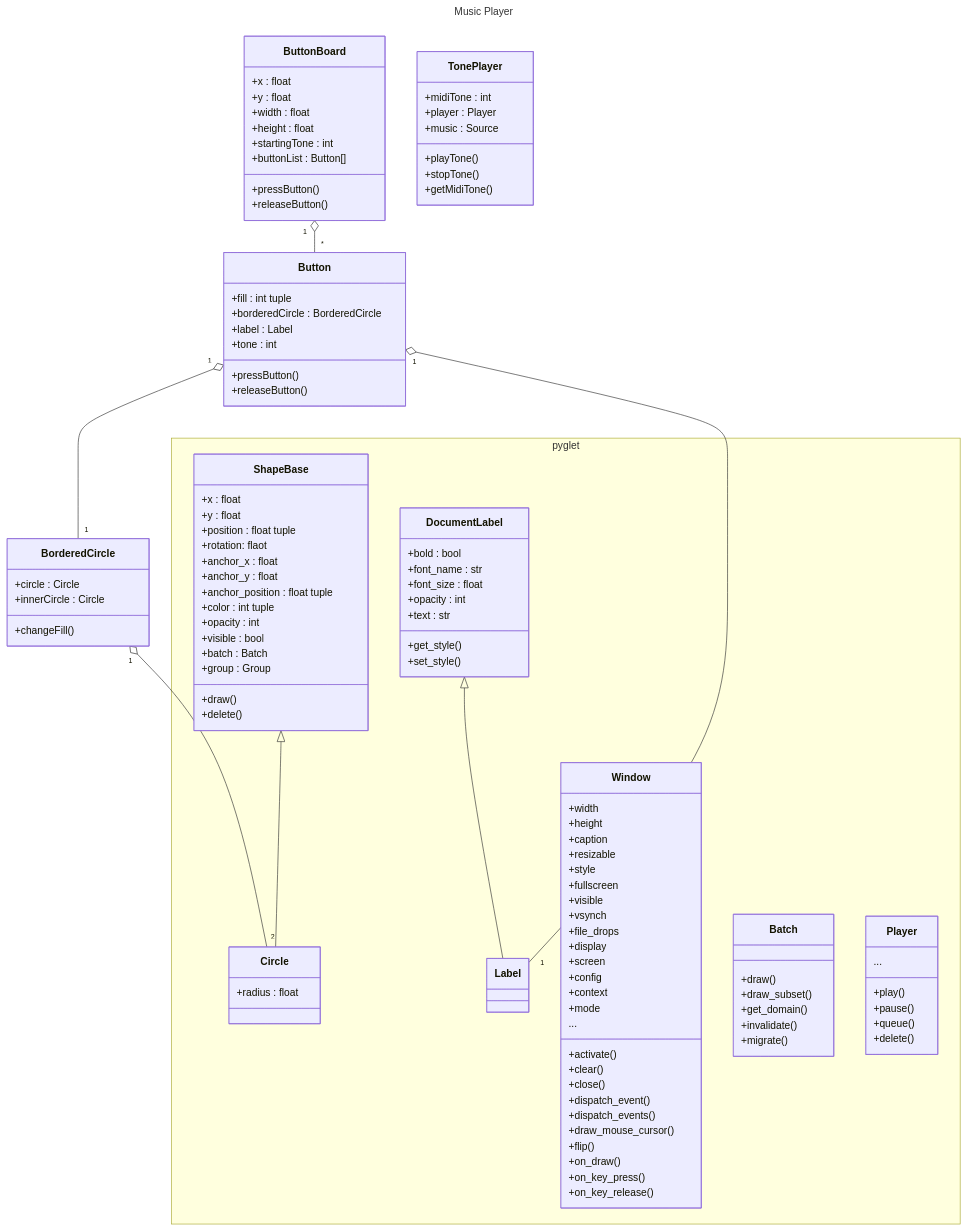
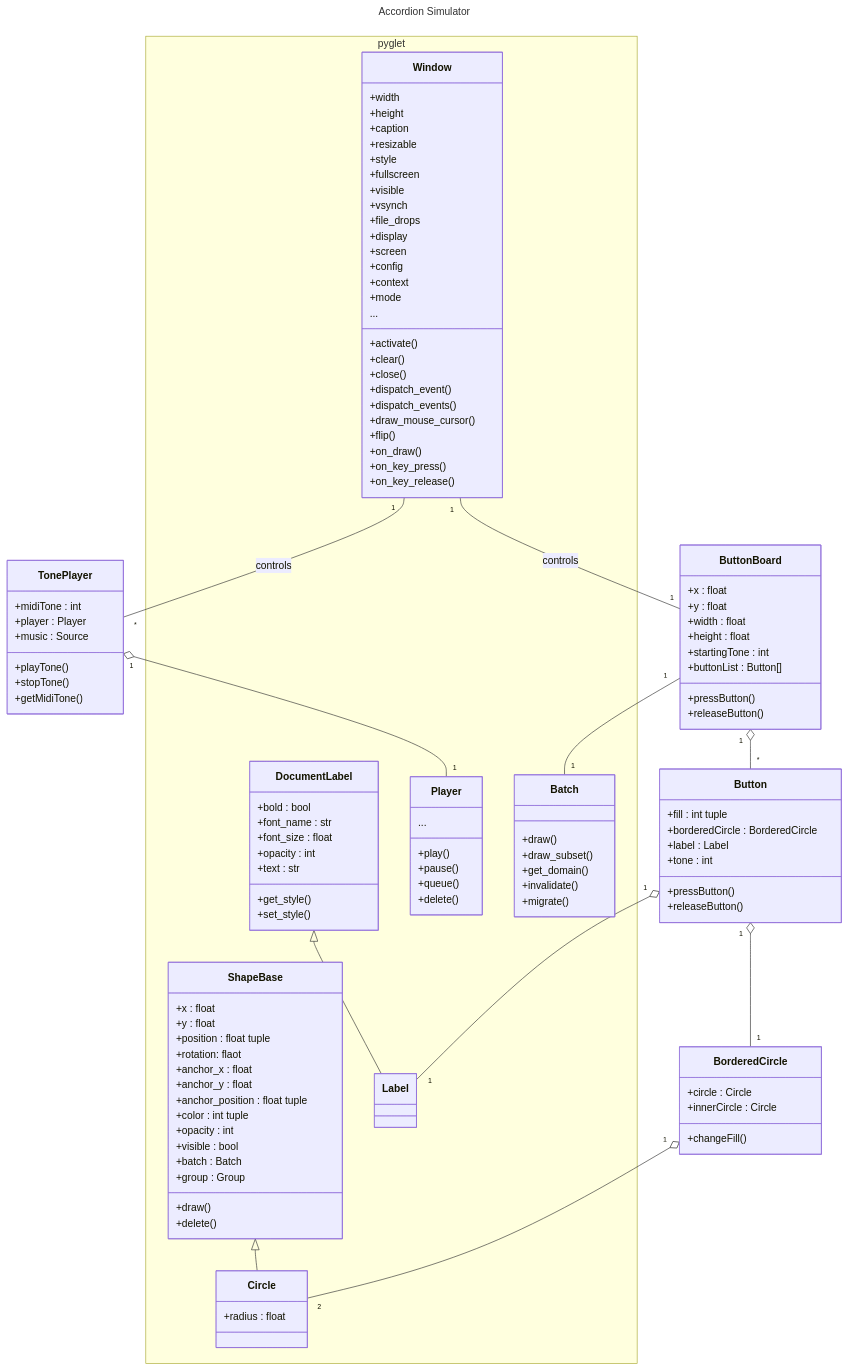
One commit to Famondir/Music-Suite changed the first of 2 diagrams in README.md. Above: the diagram before and after it, drawn with Mermaid. The commit also changed other lines of this file, not shown here.

Commit message:
Added plantuml for use case diagram (demo)

````diff
--- a/README.md
+++ b/README.md
@@ -13,6 +13,6 @@
 ```mermaid
 ---
-title: Music Player
+title: Accordion Simulator
 ---
 classDiagram
     ShapeBase <|-- Circle
@@ -21,6 +21,10 @@
     Button "1" o-- "1" Label
     DocumentLabel <|-- Label
     ButtonBoard "1" o-- "*" Button
+    TonePlayer "1" o-- "1" Player
+    Window "1" -- "*" TonePlayer : controls
+    Window "1" -- "1" ButtonBoard : controls
+    ButtonBoard "1" -- "1" Batch
 
     class BorderedCircle {
         +circle : Circle
````
